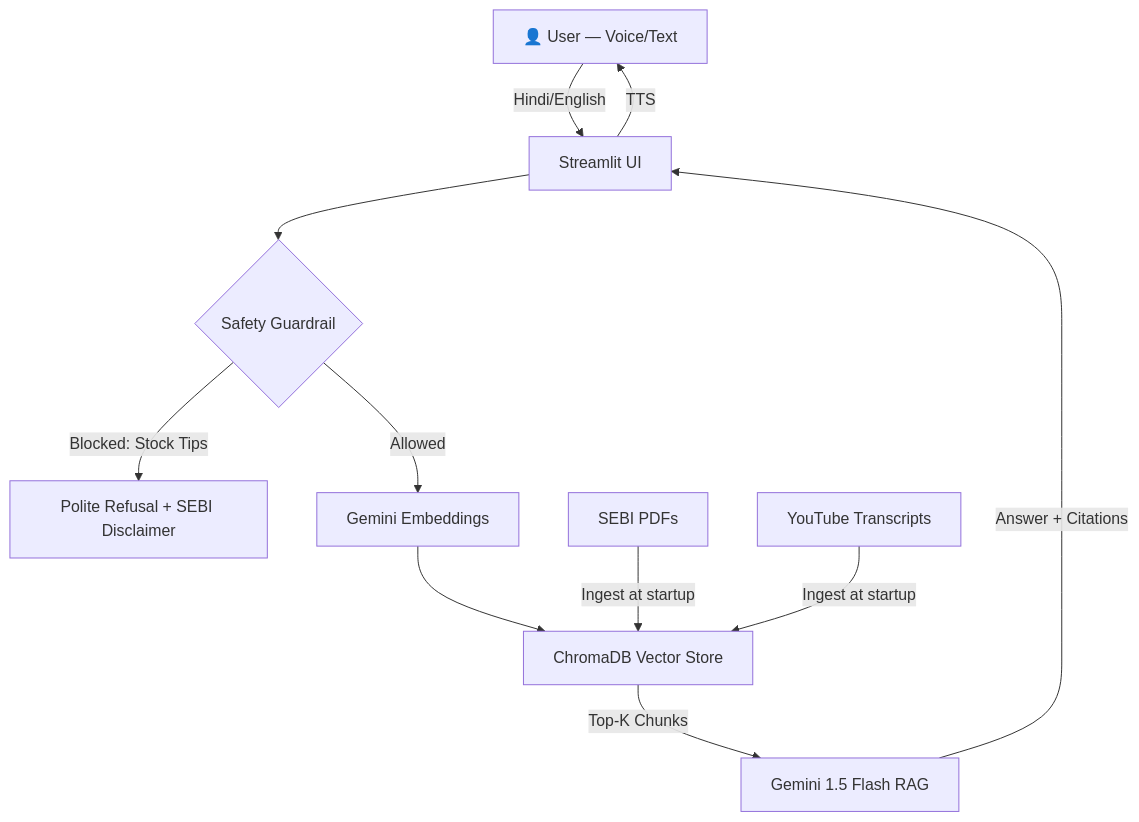
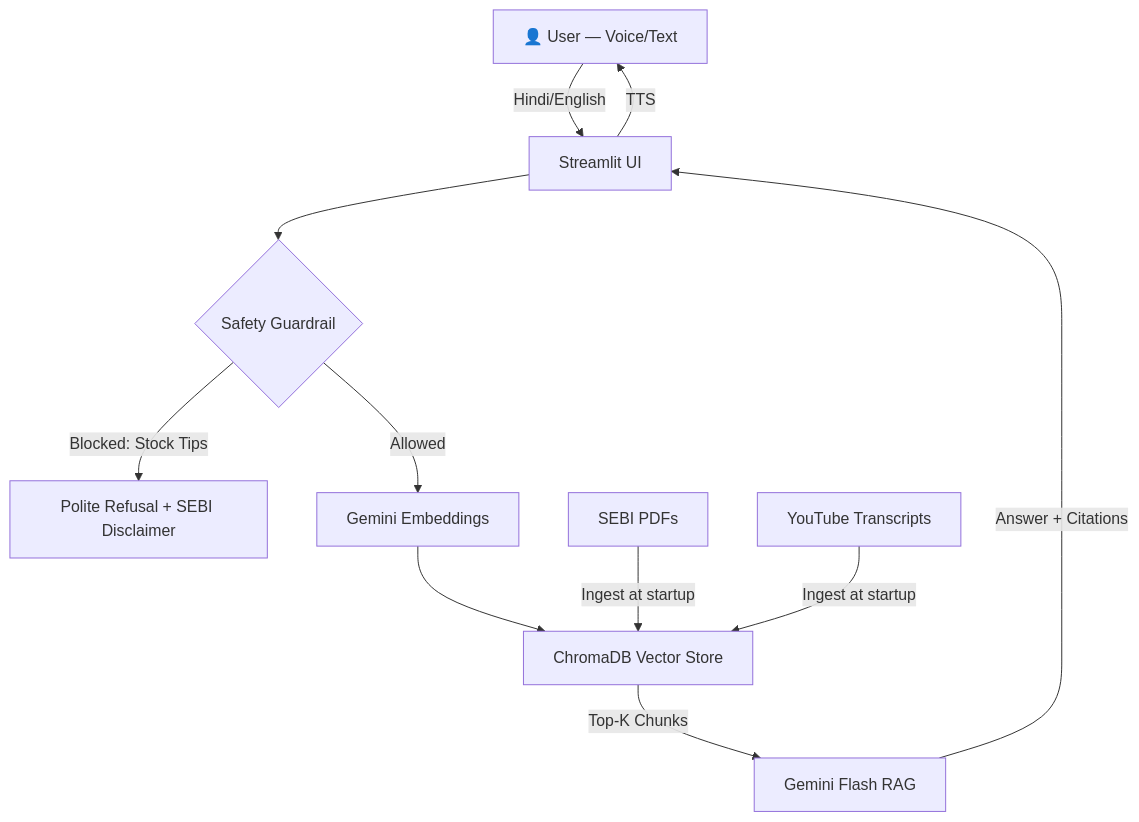
Before and after one commit to ank1-t/Bharat-Financial-Literacy-Fraud-Resilience-Companion: the diagram in README.md, drawn with Mermaid. The commit also changed other lines of this file and 9 other files, not shown here.

````diff
--- a/README.md
+++ b/README.md
@@ -43,14 +33,14 @@
 ```mermaid
 graph TD
     A[👤 User — Voice/Text] -->|Hindi/English| B[Streamlit UI]
     B --> C{Safety Guardrail}
     C -->|Blocked: Stock Tips| D[Polite Refusal + SEBI Disclaimer]
     C -->|Allowed| E[Gemini Embeddings]
     E --> F[ChromaDB Vector Store]
-    F -->|Top-K Chunks| G[Gemini 1.5 Flash RAG]
+    F -->|Top-K Chunks| G[Gemini Flash RAG]
     G -->|Answer + Citations| B
     B -->|TTS| A
 
     H[SEBI PDFs] -->|Ingest at startup| F
     I[YouTube Transcripts] -->|Ingest at startup| F
 ```
````
